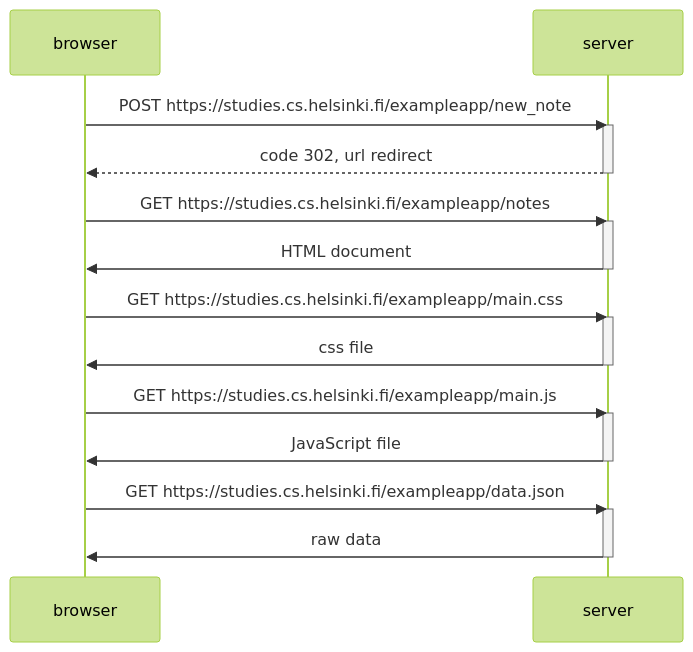
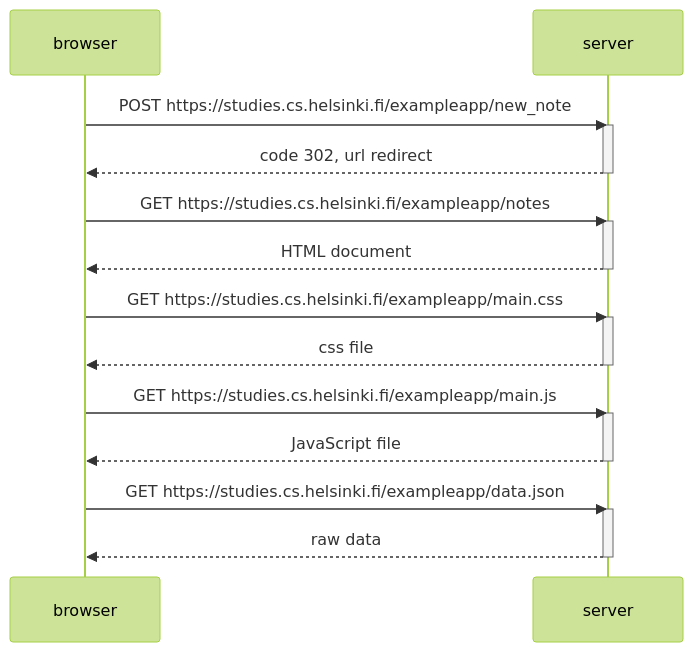
One commit to vexoo/fullstack changed the diagram in part0/new note diagram.md. Above: the diagram before and after it, drawn with Mermaid (forest theme). The commit also changed 2 other files, not shown here.

Commit message:
0.4 done

````diff
--- a/part0/new note diagram.md
+++ b/part0/new note diagram.md
@@ -1,32 +1,32 @@
 ```mermaid
 
 sequenceDiagram
     participant browser
     participant server
 
     browser->>server: POST https://studies.cs.helsinki.fi/exampleapp/new_note
     activate server
     server-->>browser: code 302, url redirect
     deactivate server
 
     browser->>server: GET https://studies.cs.helsinki.fi/exampleapp/notes
     activate server
-    server->>browser: HTML document
+    server-->>browser: HTML document
     deactivate server
     
     browser->>server: GET https://studies.cs.helsinki.fi/exampleapp/main.css
     activate server
-    server->>browser: css file
+    server-->>browser: css file
     deactivate server
     
     browser->>server: GET https://studies.cs.helsinki.fi/exampleapp/main.js
     activate server
-    server->>browser: JavaScript file
+    server-->>browser: JavaScript file
     deactivate server
 
     browser->>server: GET https://studies.cs.helsinki.fi/exampleapp/data.json
     activate server
-    server->>browser: raw data
+    server-->>browser: raw data
     deactivate server
 
 ```
````
